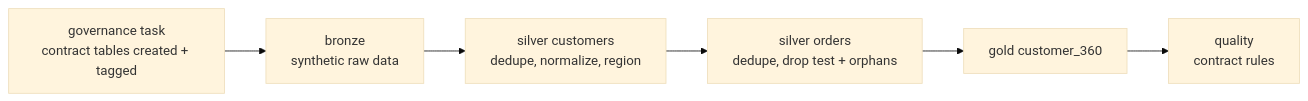
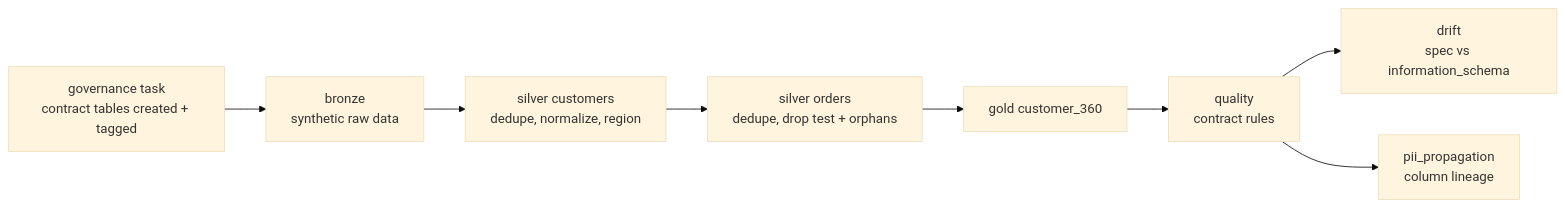
One commit to felipecastro-data/lakehouse-governance-as-code changed the fourth of 4 diagrams in docs/architecture.md. Above: the diagram before and after it, drawn with Mermaid (base theme). The commit also changed other lines of this file and 18 other files, not shown here.

First line of the commit message:
Phase 3: drift detection and PII propagation check

````diff
--- a/docs/architecture.md
+++ b/docs/architecture.md
@@ -111,8 +111,10 @@
 ```mermaid
 flowchart LR
     G[governance task<br/>contract tables created + tagged] --> B[bronze<br/>synthetic raw data]
     B --> S1[silver customers<br/>dedupe, normalize, region]
     S1 --> S2[silver orders<br/>dedupe, drop test + orphans]
     S2 --> GD[gold customer_360]
     GD --> Q[quality<br/>contract rules]
+    Q --> DR[drift<br/>spec vs information_schema]
+    Q --> PP[pii_propagation<br/>column lineage]
 ```
````
